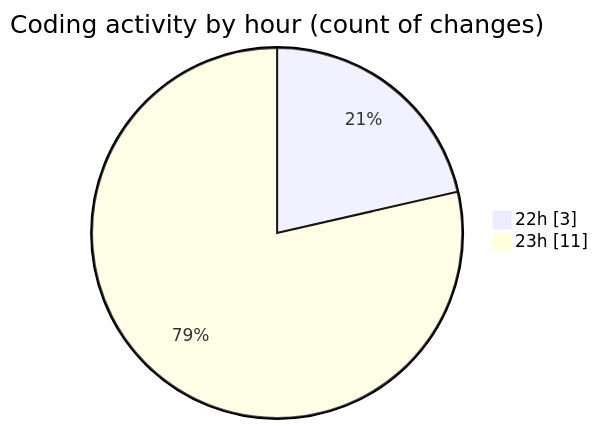
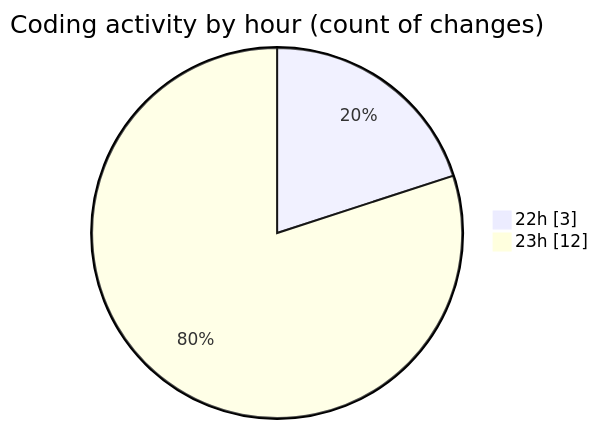
One commit to donsfak/code-tracking changed the second of 2 diagrams in 2025-03-13/ai_agent/README.md. Above: the diagram before and after it, drawn with Mermaid. The commit also changed other lines of this file and 1 other file, not shown here.

````diff
--- a/2025-03-13/ai_agent/README.md
+++ b/2025-03-13/ai_agent/README.md
@@ -37,6 +37,6 @@
 ```mermaid
 pie showData
 title Coding activity by hour (count of changes)
 "22h" : 3
-"23h" : 11
+"23h" : 12
 ```
````
